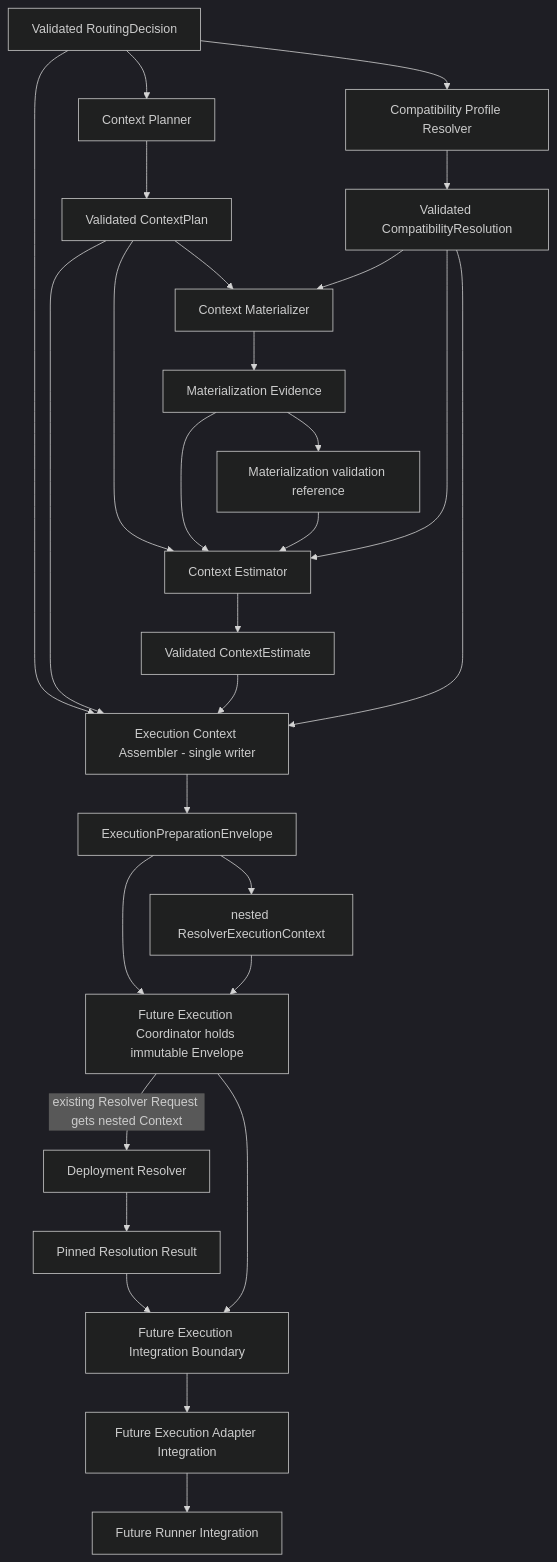
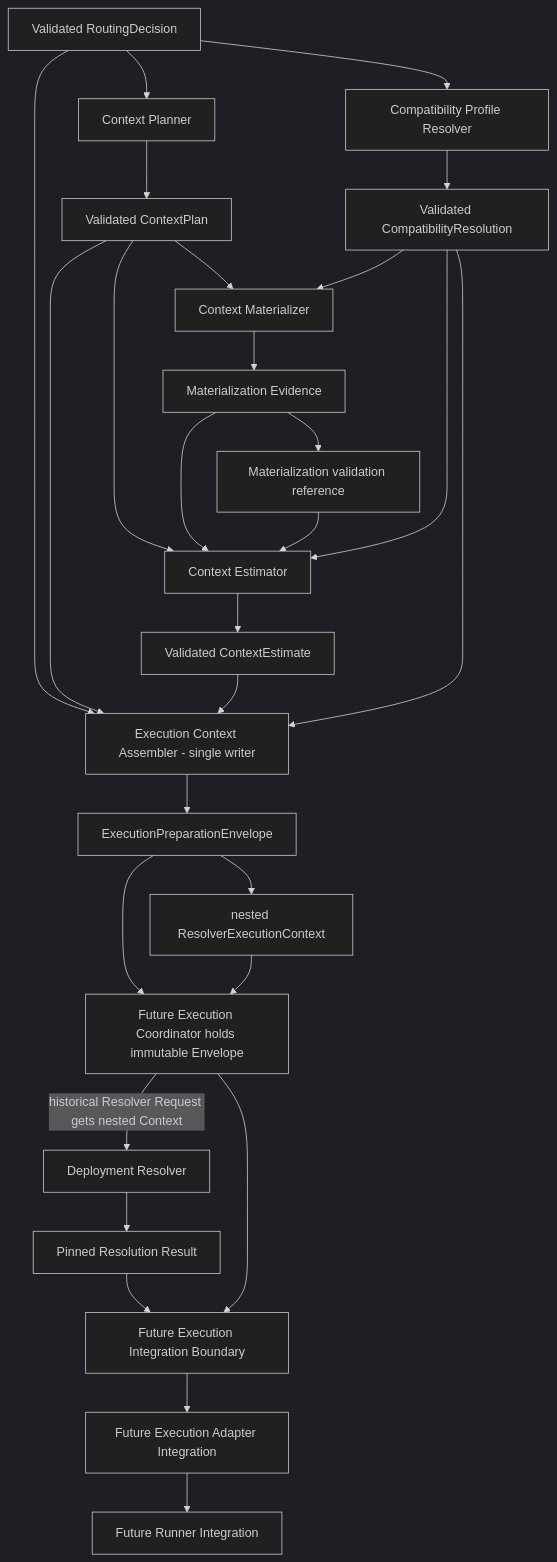
The diagram in docs/automation/19-context-planning-execution-context-assembly-architecture.md (whatrune/sd-prompt-studio), drawn with Mermaid (dark theme) before and after one commit. The commit also changed other lines of this file and 3 other files, not shown here.

````diff
--- a/docs/automation/19-context-planning-execution-context-assembly-architecture.md
+++ b/docs/automation/19-context-planning-execution-context-assembly-architecture.md
@@ -141,30 +141,30 @@
 ```mermaid
 flowchart TD
   RD["Validated RoutingDecision"] --> CP["Context Planner"]
   RD --> CR["Compatibility Profile Resolver"]
   CP --> PLAN["Validated ContextPlan"]
   CR --> COMPAT["Validated CompatibilityResolution"]
   PLAN --> MAT["Context Materializer"]
   COMPAT --> MAT
   MAT --> EVIDENCE["Materialization Evidence"]
   EVIDENCE --> PROOF["Materialization validation reference"]
   PLAN --> EST["Context Estimator"]
   EVIDENCE --> EST
   PROOF --> EST
   COMPAT --> EST
   RD --> ASM["Execution Context Assembler - single writer"]
   PLAN --> ASM
   EST --> ESTIMATE["Validated ContextEstimate"]
   ESTIMATE --> ASM
   COMPAT --> ASM
   ASM --> ENVELOPE["ExecutionPreparationEnvelope"]
   ENVELOPE --> CONTEXT["nested ResolverExecutionContext"]
   ENVELOPE --> COORDINATOR["Future Execution Coordinator holds immutable Envelope"]
   CONTEXT --> COORDINATOR
-  COORDINATOR -->|"existing Resolver Request gets nested Context"| RESOLVER["Deployment Resolver"]
+  COORDINATOR -->|"historical Resolver Request gets nested Context"| RESOLVER["Deployment Resolver"]
   RESOLVER --> RESULT["Pinned Resolution Result"]
   RESULT --> INTEGRATION["Future Execution Integration Boundary"]
   COORDINATOR --> INTEGRATION
   INTEGRATION --> ADAPTER["Future Execution Adapter Integration"]
   ADAPTER --> RUNNER["Future Runner Integration"]
 ```
````
